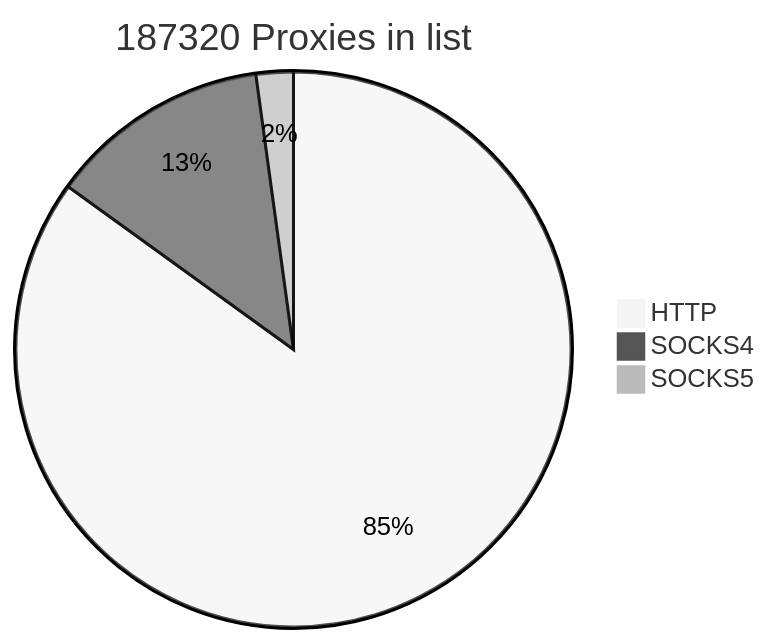
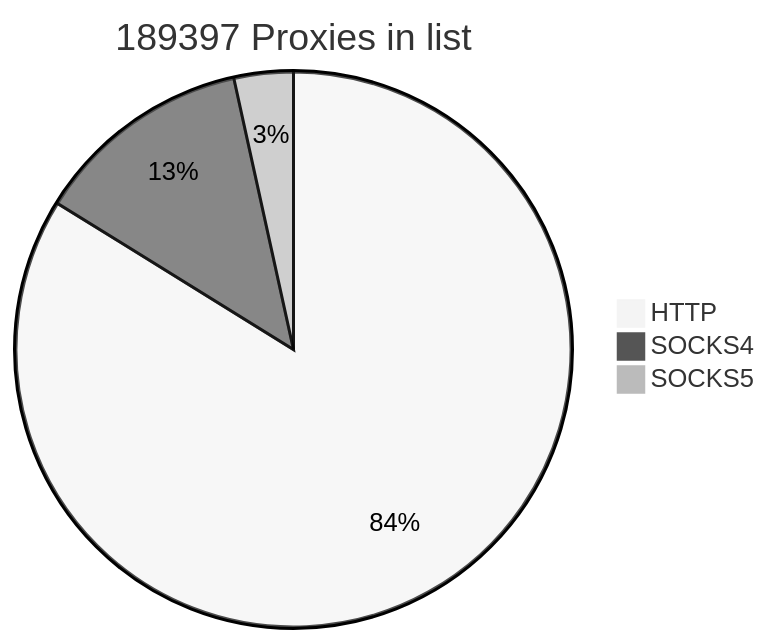
One commit to cutipu/proxylist changed the first of 2 diagrams in README.md. Above: the diagram before and after it, drawn with Mermaid (neutral theme). The commit also changed other lines of this file, not shown here.

````diff
--- a/README.md
+++ b/README.md
@@ -2,7 +2,7 @@
 ```mermaid
-pie title 187320 Proxies in list
-    "HTTP" : 159152
-    "SOCKS4" : 24109
-    "SOCKS5" : 4059
+pie title 189397 Proxies in list
+    "HTTP" : 158761
+    "SOCKS4" : 24108
+    "SOCKS5" : 6528
             
 ```
````
